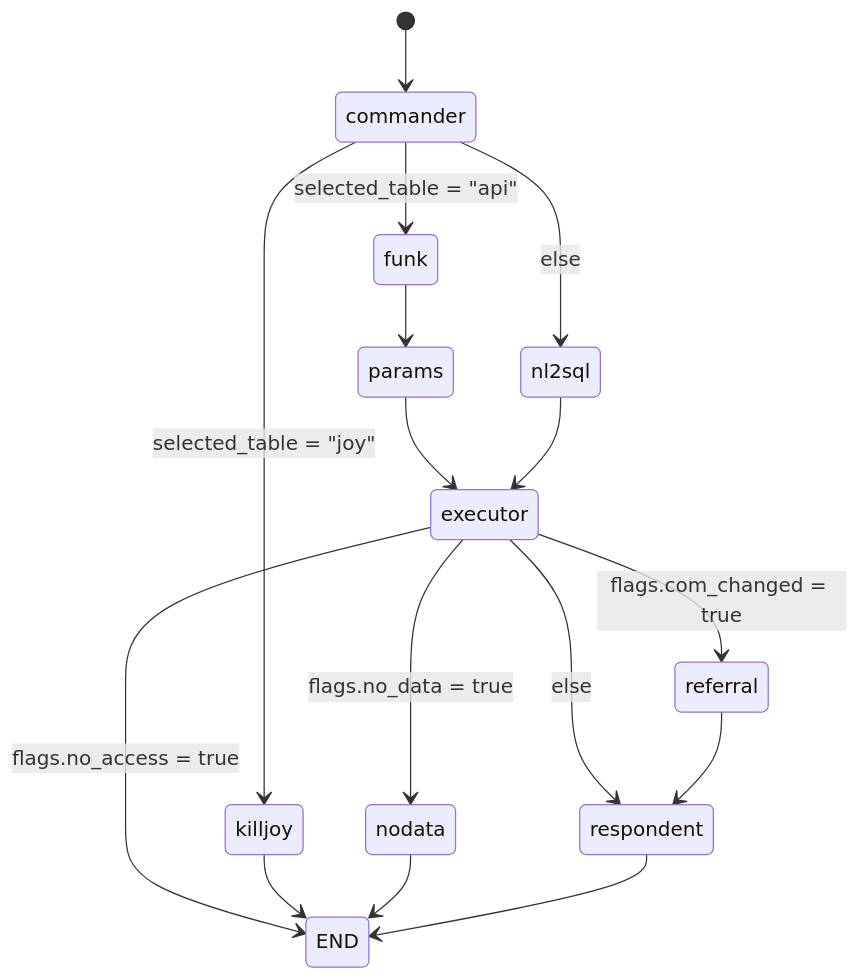
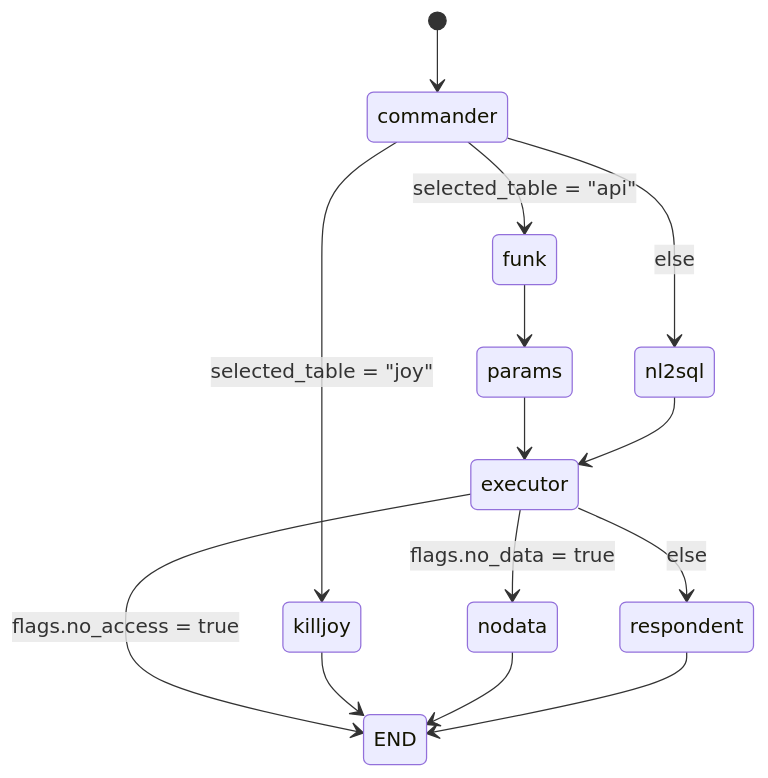
Before and after one commit to kangbw0420/QUVI: the diagram in README.md, drawn with Mermaid.

````diff
--- a/README.md
+++ b/README.md
@@ -7,23 +7,21 @@
 ```mermaid
 stateDiagram-v2
     [*] --> commander
     
     commander --> funk: selected_table = "api"
     commander --> killjoy: selected_table = "joy"
     commander --> nl2sql: else
     
     funk --> params
     params --> executor
     
     nl2sql --> executor
     
     executor --> END: flags.no_access = true
     executor --> nodata: flags.no_data = true
-    executor --> referral: flags.com_changed = true
     executor --> respondent: else
     
     killjoy --> END
     nodata --> END
-    referral --> respondent
     respondent --> END
 ```
````
